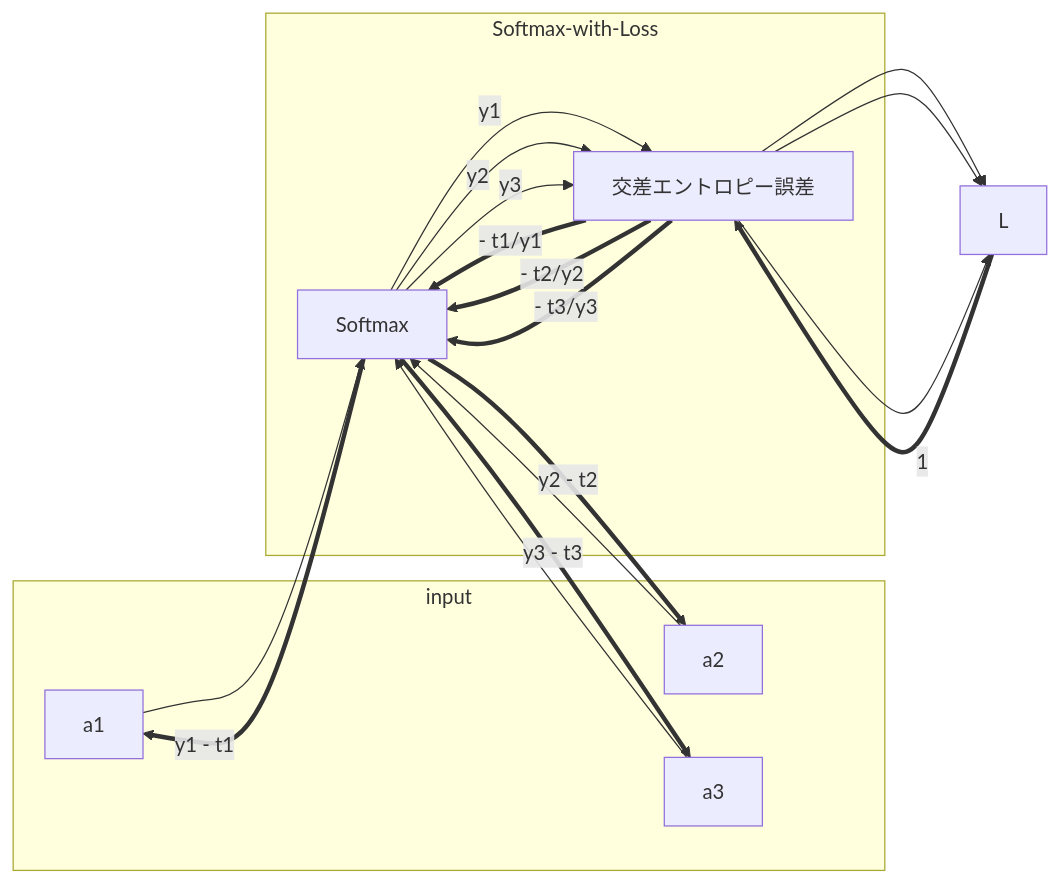
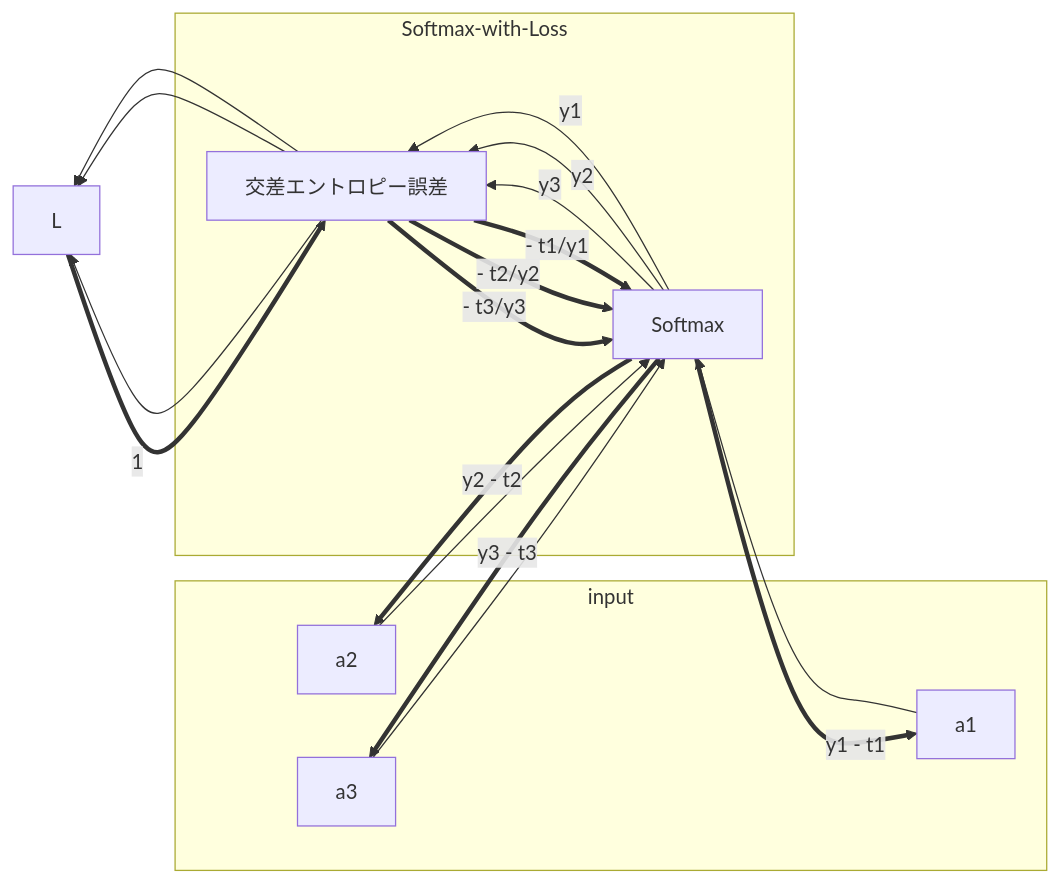
Before and after one commit to nv-h/Deep_Learning_Memo: diagram 18 of 18 in ゼロから作るDeep Learning.md, drawn with Mermaid. The commit also changed 2 other files, not shown here.

Commit message:
Export html

````diff
--- a/ゼロから作るDeep Learning.md
+++ b/ゼロから作るDeep Learning.md
@@ -570,23 +570,23 @@
 ```mermaid
-graph LR
+graph RL
     subgraph input
         a1
         a2
         a3
     end
 
     subgraph Softmax-with-Loss
         a1 --> Softmax --"y1"--> 交差エントロピー誤差
         a2 --> Softmax --"y2"--> 交差エントロピー誤差
         a3 --> Softmax --"y3"--> 交差エントロピー誤差
 
         交差エントロピー誤差 == "- t1/y1" ==> Softmax == "y1 - t1" ==> a1
         交差エントロピー誤差 == "- t2/y2" ==> Softmax == "y2 - t2" ==> a2
         交差エントロピー誤差 == "- t3/y3" ==> Softmax == "y3 - t3" ==> a3
     end
 
     交差エントロピー誤差 --> L
     交差エントロピー誤差 --> L
     交差エントロピー誤差 --> L
     L == 1 ==> 交差エントロピー誤差
 ```
````
